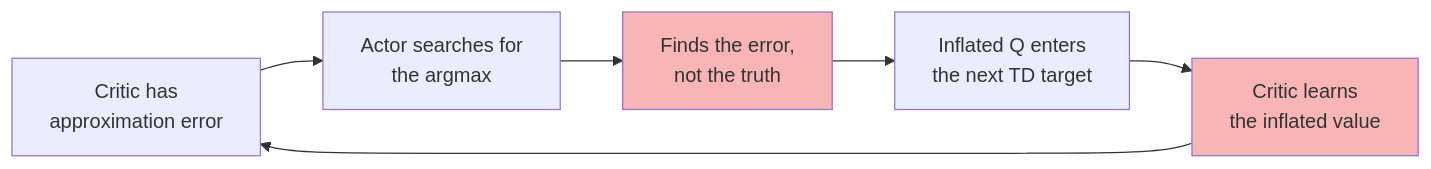
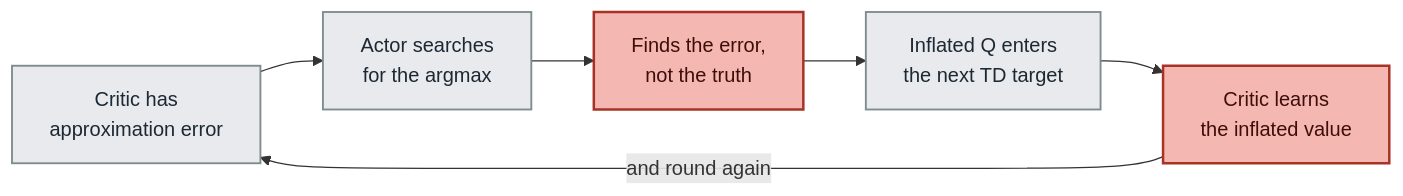
One commit to FarzanehTatari/farzanehtatari.github.io changed the third of 5 diagrams in _posts/2026-08-21-ddpg-td3-sac-lineage.md. Above: the diagram before and after it, drawn with Mermaid. The commit also changed other lines of this file, not shown here.

````diff
--- a/_posts/2026-08-21-ddpg-td3-sac-lineage.md
+++ b/_posts/2026-08-21-ddpg-td3-sac-lineage.md
@@ -106,11 +118,17 @@
 ```mermaid
 graph LR
-    A["Critic has<br/>approximation error"] --> B["Actor searches for<br/>the argmax"]
-    B --> C["Finds the error,<br/>not the truth"]
-    C --> D["Inflated Q enters<br/>the next TD target"]
-    D --> E["Critic learns<br/>the inflated value"]
-    E --> A
+    A["Critic has<br/>approximation error"]
+    B["Actor searches<br/>for the argmax"]
+    C["Finds the error,<br/>not the truth"]
+    D["Inflated Q enters<br/>the next TD target"]
+    E["Critic learns<br/>the inflated value"]
 
-    style C fill:#f8b5b5
-    style E fill:#f8b5b5
+    A --> B --> C --> D --> E
+    E -->|"and round again"| A
+
+    classDef neutral fill:#e8eaed,stroke:#7f8c8d,stroke-width:1.5px,color:#1c2833
+    classDef bad     fill:#f5b7b1,stroke:#a93226,stroke-width:2px,color:#3d0e0a
+
+    class A,B,D neutral
+    class C,E bad
 ```
````
